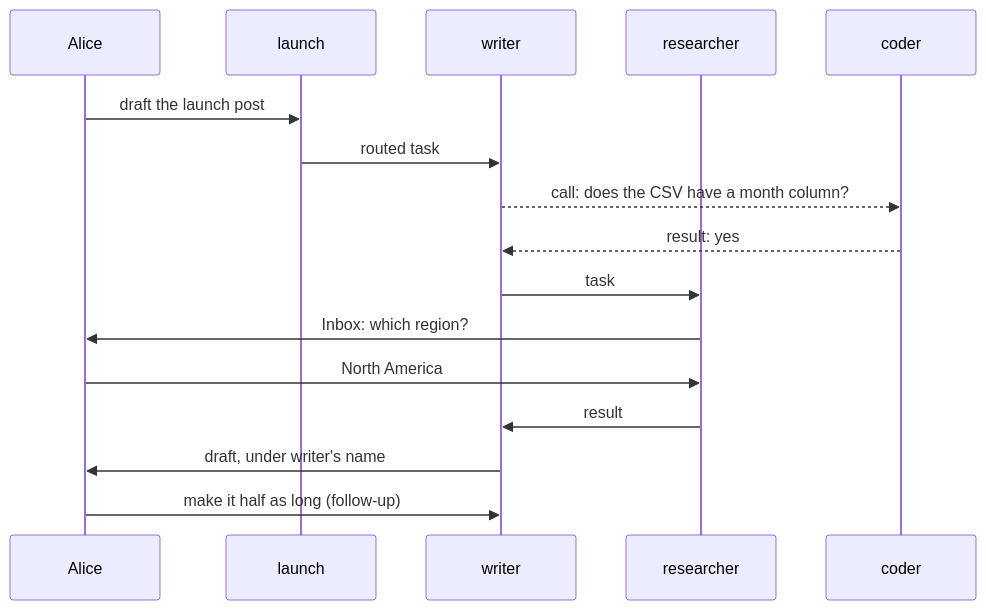
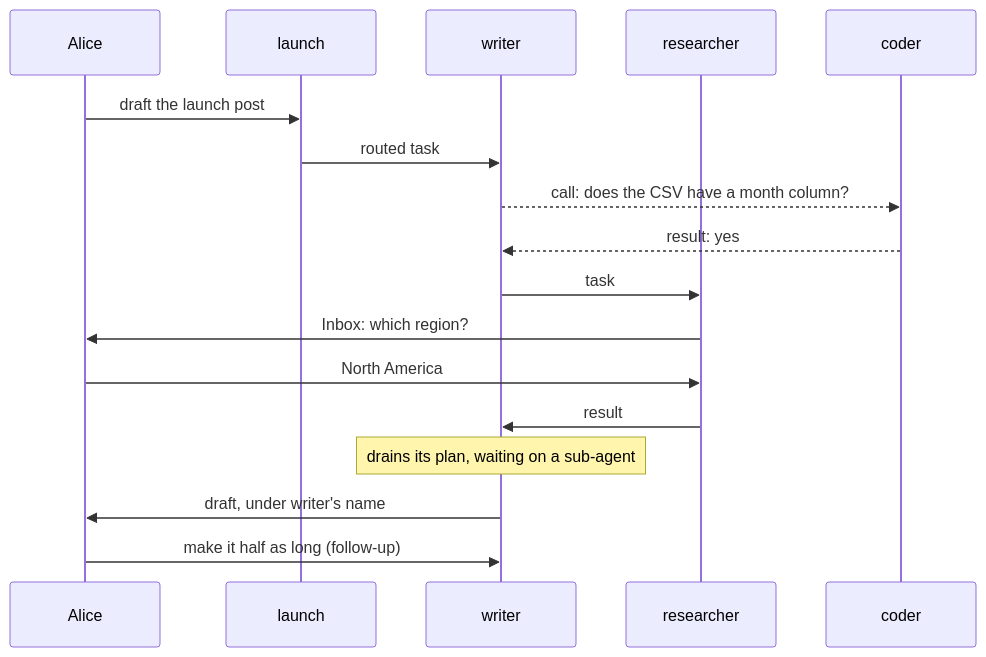
The fifth of 5 diagrams in docs/internal/design/workforce-coordination-concept.md (fixpoint-labs/flow-state-dev), drawn with Mermaid before and after one commit. The commit also changed other lines of this file, not shown here.

````diff
--- a/docs/internal/design/workforce-coordination-concept.md
+++ b/docs/internal/design/workforce-coordination-concept.md
@@ -277,18 +319,19 @@
 ```mermaid
 sequenceDiagram
   participant Alice
   participant launch
   participant writer
   participant researcher
   participant coder
   Alice->>launch: draft the launch post
   launch->>writer: routed task
   writer-->>coder: call: does the CSV have a month column?
   coder-->>writer: result: yes
   writer->>researcher: task
   researcher->>Alice: Inbox: which region?
   Alice->>researcher: North America
   researcher->>writer: result
+  Note over writer: drains its plan, waiting on a sub-agent
   writer->>Alice: draft, under writer's name
   Alice->>writer: make it half as long (follow-up)
 ```
````
